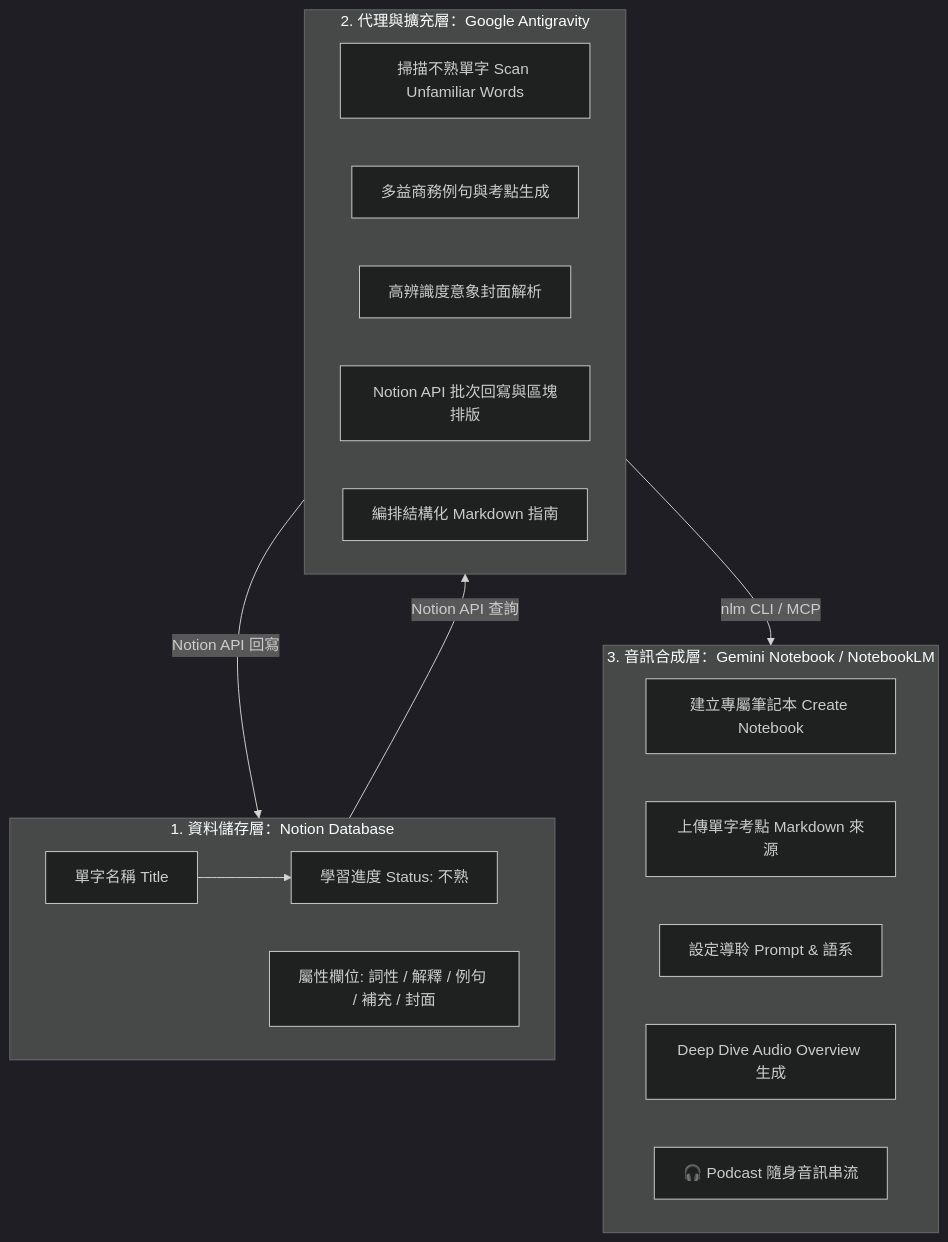
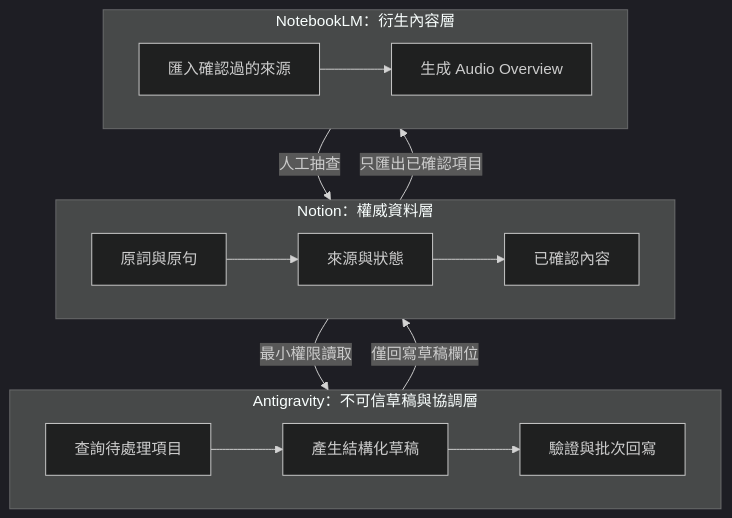
The second of 2 diagrams in posts/notion-antigravity-notebooklm-vocabulary-workflow.md (wttntpc/tingwu.github.io), drawn with Mermaid (dark theme) before and after one commit. The commit also changed other lines of this file and 3 other files, not shown here.

````diff
--- a/posts/notion-antigravity-notebooklm-vocabulary-workflow.md
+++ b/posts/notion-antigravity-notebooklm-vocabulary-workflow.md
@@ -113,27 +106,16 @@
 ```mermaid
-graph TD
-    subgraph Layer1 [1. 資料儲存層：Notion Database]
-        N1[單字名稱 Title] --> N2[學習進度 Status: 不熟]
-        N3[屬性欄位: 詞性 / 解釋 / 例句 / 補充 / 封面]
+flowchart TD
+    subgraph N[Notion：權威資料層]
+      N1[原詞與原句] --> N2[來源與狀態] --> N3[已確認內容]
     end
-
-    subgraph Layer2 [2. 代理與擴充層：Google Antigravity]
-        A1[掃描不熟單字 Scan Unfamiliar Words]
-        A2[多益商務例句與考點生成]
-        A3[高辨識度意象封面解析]
-        A4[Notion API 批次回寫與區塊排版]
-        A5[編排結構化 Markdown 指南]
+    subgraph A[Antigravity：不可信草稿與協調層]
+      A1[查詢待處理項目] --> A2[產生結構化草稿] --> A3[驗證與批次回寫]
     end
-
-    subgraph Layer3 [3. 音訊合成層：Gemini Notebook / NotebookLM]
-        G1[建立專屬筆記本 Create Notebook]
-        G2[上傳單字考點 Markdown 來源]
-        G3[設定導聆 Prompt & 語系]
-        G4[Deep Dive Audio Overview 生成]
-        G5[🎧 Podcast 隨身音訊串流]
+    subgraph L[NotebookLM：衍生內容層]
+      L1[匯入確認過的來源] --> L2[生成 Audio Overview]
     end
-
-    Layer1 -->|Notion API 查詢| Layer2
-    Layer2 -->|Notion API 回寫| Layer1
-    Layer2 -->|nlm CLI / MCP| Layer3
+    N -->|最小權限讀取| A
+    A -->|僅回寫草稿欄位| N
+    N -->|只匯出已確認項目| L
+    L -->|人工抽查| N
 ```
````
